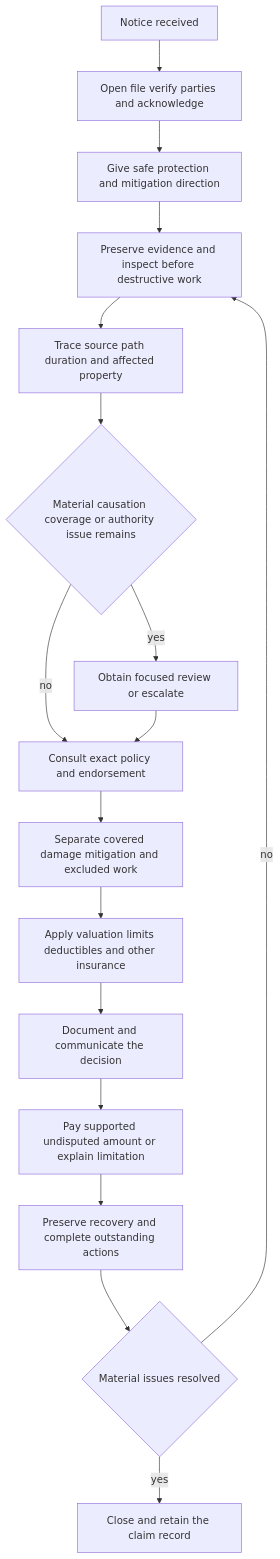
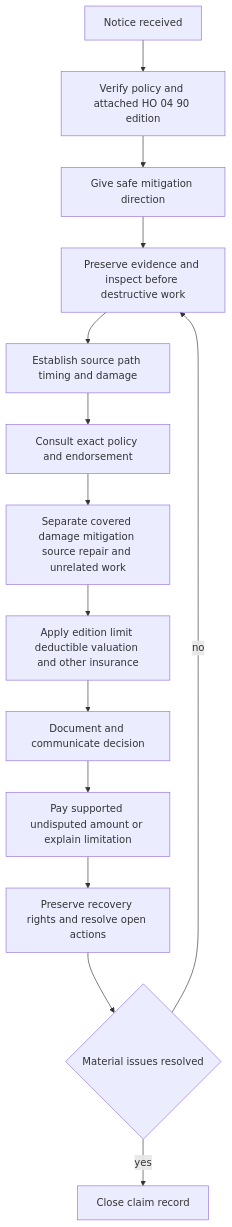
One commit to langchain-samples/openwiki-insurance-corpus changed the diagram in openwiki/claims/guidelines/water-loss-handling.md. Above: the diagram before and after it, drawn with Mermaid. The commit also changed other lines of this file and 20 other files, not shown here.

First line of the commit message:
docs: refresh OpenWiki (complete)

````diff
--- a/openwiki/claims/guidelines/water-loss-handling.md
+++ b/openwiki/claims/guidelines/water-loss-handling.md
@@ -50,19 +58,16 @@
 ```mermaid
 flowchart TD
-    notice["Notice received"] --> intake["Open file verify parties and acknowledge"]
-    intake --> protect["Give safe protection and mitigation direction"]
+    notice["Notice received"] --> verify["Verify policy and attached HO 04 90 edition"]
+    verify --> protect["Give safe mitigation direction"]
     protect --> preserve["Preserve evidence and inspect before destructive work"]
-    preserve --> trace["Trace source path duration and affected property"]
-    trace --> issue{"Material causation coverage or authority issue remains"}
-    issue -->|"yes"| refer["Obtain focused review or escalate"]
-    issue -->|"no"| consult["Consult exact policy and endorsement"]
-    refer --> consult
-    consult --> scope["Separate covered damage mitigation and excluded work"]
-    scope --> value["Apply valuation limits deductibles and other insurance"]
-    value --> decision["Document and communicate the decision"]
-    decision --> pay["Pay supported undisputed amount or explain limitation"]
-    pay --> recover["Preserve recovery and complete outstanding actions"]
+    preserve --> trace["Establish source path timing and damage"]
+    trace --> consult["Consult exact policy and endorsement"]
+    consult --> scope["Separate covered damage mitigation source repair and unrelated work"]
+    scope --> calculate["Apply edition limit deductible valuation and other insurance"]
+    calculate --> decide["Document and communicate decision"]
+    decide --> pay["Pay supported undisputed amount or explain limitation"]
+    pay --> recover["Preserve recovery rights and resolve open actions"]
     recover --> close{"Material issues resolved"}
     close -->|"no"| preserve
-    close -->|"yes"| done["Close and retain the claim record"]
+    close -->|"yes"| done["Close claim record"]
 ```
````
